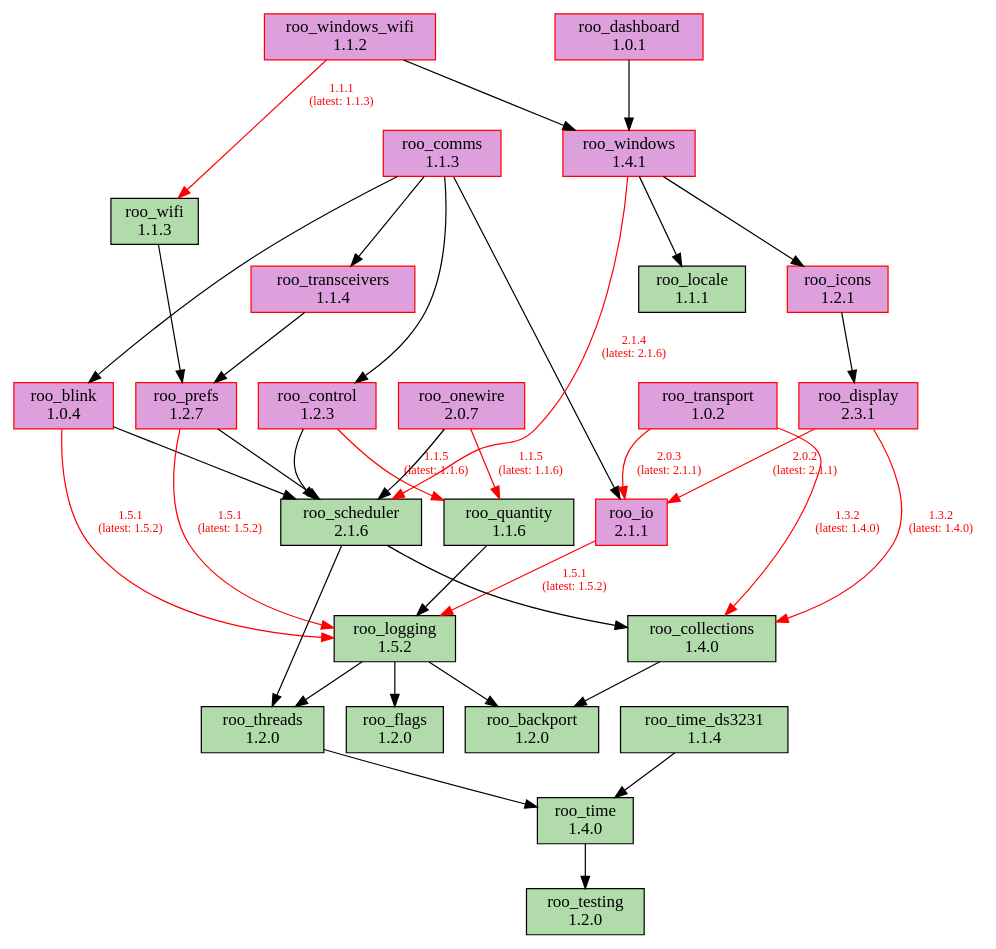
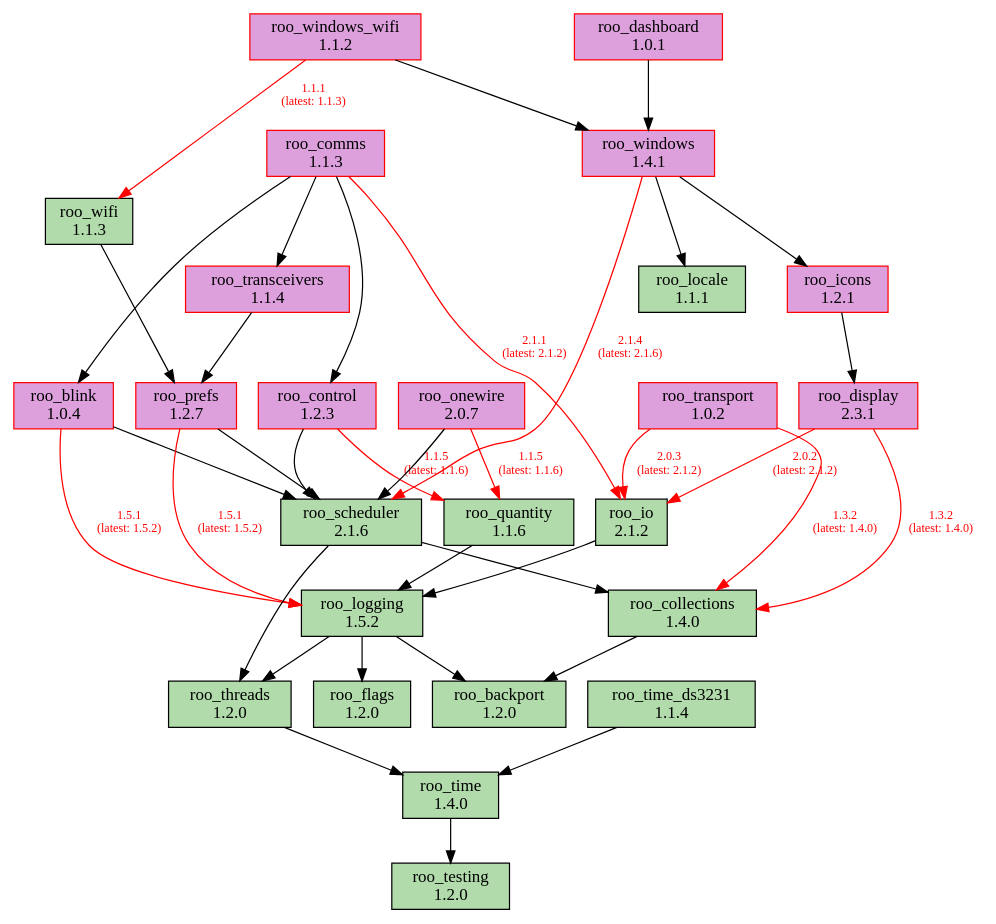
One commit to dejwk/roo-registry changed the diagram in doc/dependencies.dot. Above: the diagram before and after it, drawn with Graphviz. The commit also changed 3 other files, not shown here.

```diff
--- a/doc/dependencies.dot
+++ b/doc/dependencies.dot
@@ -1,70 +1,70 @@
 digraph dependencies {
     rankdir=TB;
     node [shape=box, style=filled];
     edge [fontsize=10];
 
     // Modules
     "roo_backport" [label="roo_backport\n1.2.0", fillcolor="#b1dbab", color="black"];
     "roo_blink" [label="roo_blink\n1.0.4", fillcolor="plum", color="red"];
     "roo_collections" [label="roo_collections\n1.4.0", fillcolor="#b1dbab", color="black"];
     "roo_comms" [label="roo_comms\n1.1.3", fillcolor="plum", color="red"];
     "roo_control" [label="roo_control\n1.2.3", fillcolor="plum", color="red"];
     "roo_dashboard" [label="roo_dashboard\n1.0.1", fillcolor="plum", color="red"];
     "roo_display" [label="roo_display\n2.3.1", fillcolor="plum", color="red"];
     "roo_flags" [label="roo_flags\n1.2.0", fillcolor="#b1dbab", color="black"];
     "roo_icons" [label="roo_icons\n1.2.1", fillcolor="plum", color="red"];
-    "roo_io" [label="roo_io\n2.1.1", fillcolor="plum", color="red"];
+    "roo_io" [label="roo_io\n2.1.2", fillcolor="#b1dbab", color="black"];
     "roo_locale" [label="roo_locale\n1.1.1", fillcolor="#b1dbab", color="black"];
     "roo_logging" [label="roo_logging\n1.5.2", fillcolor="#b1dbab", color="black"];
     "roo_onewire" [label="roo_onewire\n2.0.7", fillcolor="plum", color="red"];
     "roo_prefs" [label="roo_prefs\n1.2.7", fillcolor="plum", color="red"];
     "roo_quantity" [label="roo_quantity\n1.1.6", fillcolor="#b1dbab", color="black"];
     "roo_scheduler" [label="roo_scheduler\n2.1.6", fillcolor="#b1dbab", color="black"];
     "roo_testing" [label="roo_testing\n1.2.0", fillcolor="#b1dbab", color="black"];
     "roo_threads" [label="roo_threads\n1.2.0", fillcolor="#b1dbab", color="black"];
     "roo_time" [label="roo_time\n1.4.0", fillcolor="#b1dbab", color="black"];
     "roo_time_ds3231" [label="roo_time_ds3231\n1.1.4", fillcolor="#b1dbab", color="black"];
     "roo_transceivers" [label="roo_transceivers\n1.1.4", fillcolor="plum", color="red"];
     "roo_transport" [label="roo_transport\n1.0.2", fillcolor="plum", color="red"];
     "roo_wifi" [label="roo_wifi\n1.1.3", fillcolor="#b1dbab", color="black"];
     "roo_windows" [label="roo_windows\n1.4.1", fillcolor="plum", color="red"];
     "roo_windows_wifi" [label="roo_windows_wifi\n1.1.2", fillcolor="plum", color="red"];
 
     // Dependencies
     "roo_blink" -> "roo_logging" [color=red, fontcolor=red, label="1.5.1\n(latest: 1.5.2)"];
     "roo_blink" -> "roo_scheduler";
     "roo_collections" -> "roo_backport";
     "roo_comms" -> "roo_blink";
     "roo_comms" -> "roo_control";
-    "roo_comms" -> "roo_io";
+    "roo_comms" -> "roo_io" [color=red, fontcolor=red, label="2.1.1\n(latest: 2.1.2)"];
     "roo_comms" -> "roo_transceivers";
     "roo_control" -> "roo_quantity" [color=red, fontcolor=red, label="1.1.5\n(latest: 1.1.6)"];
     "roo_control" -> "roo_scheduler";
     "roo_dashboard" -> "roo_windows";
     "roo_display" -> "roo_collections" [color=red, fontcolor=red, label="1.3.2\n(latest: 1.4.0)"];
-    "roo_display" -> "roo_io" [color=red, fontcolor=red, label="2.0.2\n(latest: 2.1.1)"];
+    "roo_display" -> "roo_io" [color=red, fontcolor=red, label="2.0.2\n(latest: 2.1.2)"];
     "roo_icons" -> "roo_display";
-    "roo_io" -> "roo_logging" [color=red, fontcolor=red, label="1.5.1\n(latest: 1.5.2)"];
+    "roo_io" -> "roo_logging";
     "roo_logging" -> "roo_backport";
     "roo_logging" -> "roo_flags";
     "roo_logging" -> "roo_threads";
     "roo_onewire" -> "roo_scheduler";
     "roo_onewire" -> "roo_quantity" [color=red, fontcolor=red, label="1.1.5\n(latest: 1.1.6)"];
     "roo_prefs" -> "roo_logging" [color=red, fontcolor=red, label="1.5.1\n(latest: 1.5.2)"];
     "roo_prefs" -> "roo_scheduler";
     "roo_quantity" -> "roo_logging";
     "roo_scheduler" -> "roo_collections";
     "roo_scheduler" -> "roo_threads";
     "roo_threads" -> "roo_time";
     "roo_time" -> "roo_testing";
     "roo_time_ds3231" -> "roo_time";
     "roo_transceivers" -> "roo_prefs";
     "roo_transport" -> "roo_collections" [color=red, fontcolor=red, label="1.3.2\n(latest: 1.4.0)"];
-    "roo_transport" -> "roo_io" [color=red, fontcolor=red, label="2.0.3\n(latest: 2.1.1)"];
+    "roo_transport" -> "roo_io" [color=red, fontcolor=red, label="2.0.3\n(latest: 2.1.2)"];
     "roo_wifi" -> "roo_prefs";
     "roo_windows" -> "roo_locale";
     "roo_windows" -> "roo_icons";
     "roo_windows" -> "roo_scheduler" [color=red, fontcolor=red, label="2.1.4\n(latest: 2.1.6)"];
     "roo_windows_wifi" -> "roo_wifi" [color=red, fontcolor=red, label="1.1.1\n(latest: 1.1.3)"];
     "roo_windows_wifi" -> "roo_windows";
 }
```
